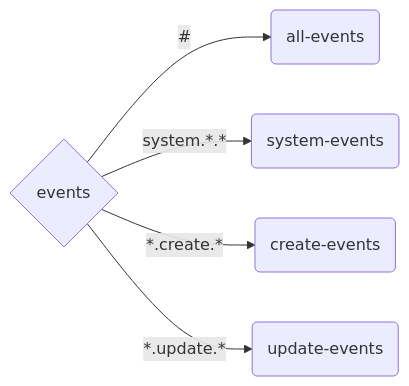
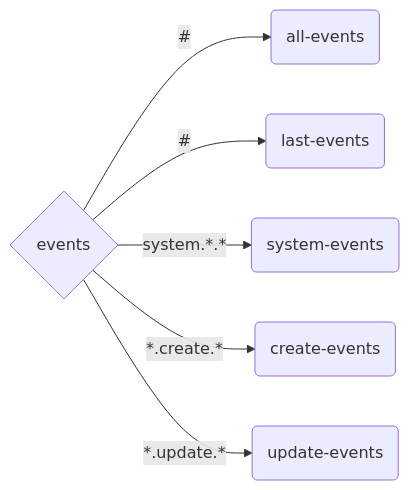
Before and after one commit to DBProductions/rabbitmq-cluster: the second of 3 diagrams in README.md, drawn with Mermaid. The commit also changed other lines of this file and 5 other files, not shown here.

````diff
--- a/README.md
+++ b/README.md
@@ -168,7 +170,8 @@
 ```mermaid
   flowchart LR
     A{events} -->|#| B(all-events)
-    A --> |system.*.*| C(system-events)
-    A -->|*.create.*| D(create-events)
-    A -->|*.update.*| E(update-events)
+    A -->|#| C(last-events)
+    A --> |system.*.*| D(system-events)
+    A -->|*.create.*| E(create-events)
+    A -->|*.update.*| F(update-events)
 ```
````
